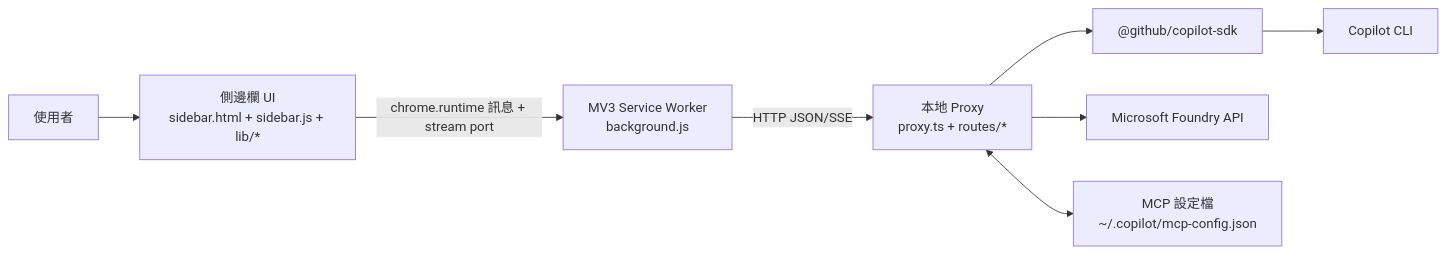
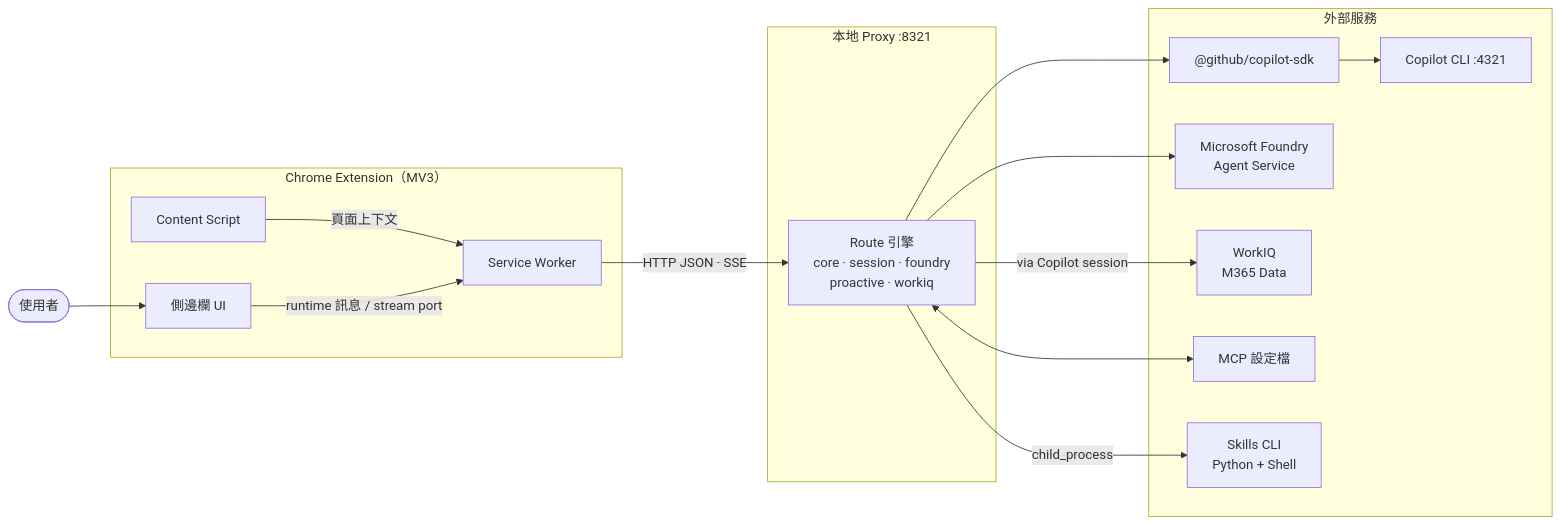
One commit to payton-chou-ms/browser-ext-for-iq-agent changed the first of 9 diagrams in docs/architecture.md. Above: the diagram before and after it, drawn with Mermaid. The commit also changed other lines of this file and 8 other files, not shown here.

First line of the commit message:
feat: Enhance architecture documentation and add image serving capability

````diff
--- a/docs/architecture.md
+++ b/docs/architecture.md
@@ -10,19 +12,33 @@
 ```mermaid
 flowchart LR
-  U[使用者]
-  SP[側邊欄 UI\nsidebar.html + sidebar.js + lib/*]
-  BG[MV3 Service Worker\nbackground.js]
-  PX[本地 Proxy\nproxy.ts + routes/*]
-  SDK["@github/copilot-sdk"]
-  CLI[Copilot CLI]
-  FD[Microsoft Foundry API]
-  MCP[MCP 設定檔\n~/.copilot/mcp-config.json]
+  U([使用者])
+
+  subgraph Extension["Chrome Extension（MV3）"]
+    SP[側邊欄 UI]
+    BG[Service Worker]
+    CS[Content Script]
+  end
+
+  subgraph Proxy["本地 Proxy :8321"]
+    RT[Route 引擎<br/>core · session · foundry<br/>proactive · workiq]
+  end
+
+  subgraph External[外部服務]
+    SDK["@github/copilot-sdk"]
+    CLI[Copilot CLI :4321]
+    FD[Microsoft Foundry<br/>Agent Service]
+    WIQ[WorkIQ<br/>M365 Data]
+    MCP[MCP 設定檔]
+    SK[Skills CLI<br/>Python + Shell]
+  end
 
   U --> SP
-  SP -->|chrome.runtime 訊息 + stream port| BG
-  BG -->|HTTP JSON/SSE| PX
-  PX --> SDK
-  SDK --> CLI
-  PX --> FD
-  PX <--> MCP
+  CS -->|頁面上下文| BG
+  SP -->|runtime 訊息 / stream port| BG
+  BG -->|HTTP JSON · SSE| RT
+  RT --> SDK --> CLI
+  RT --> FD
+  RT -->|via Copilot session| WIQ
+  RT <--> MCP
+  RT -->|child_process| SK
 ```
````
